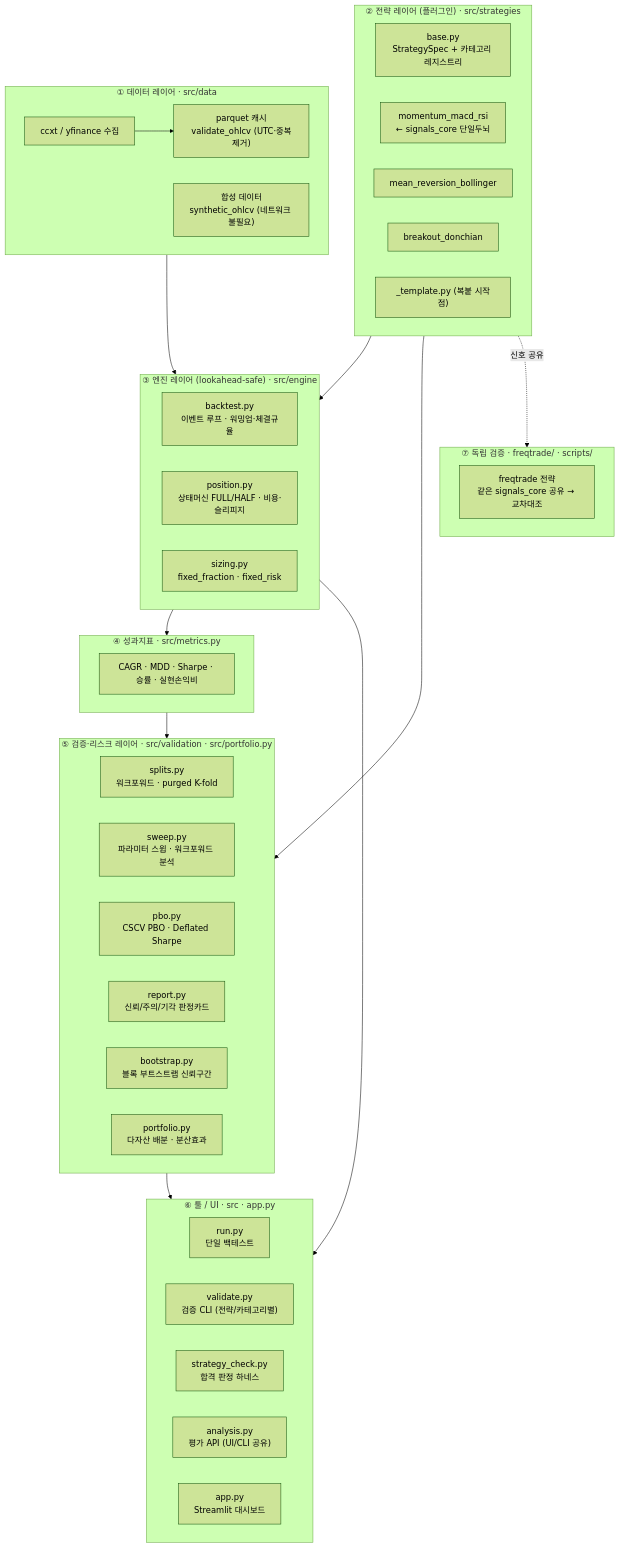
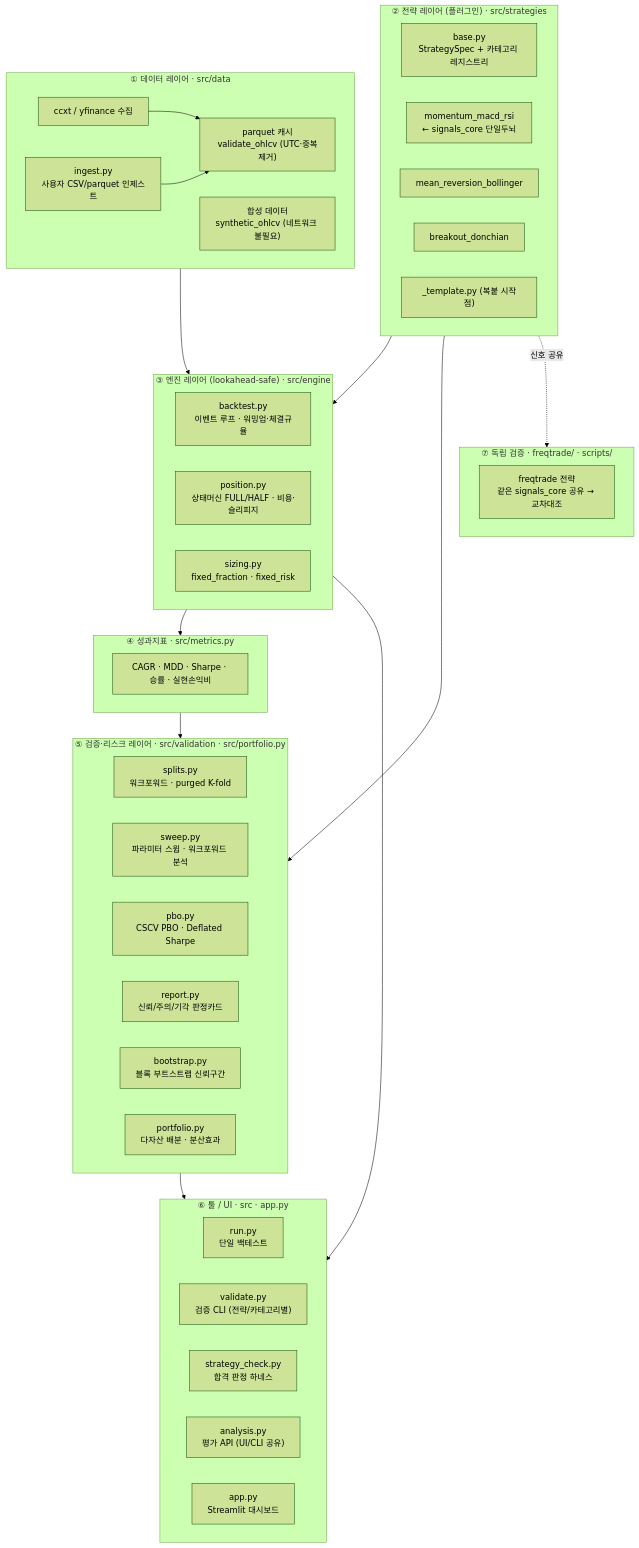
The first of 4 diagrams in docs/architecture.md (pjw26113686-sys/macd-RSI), drawn with Mermaid (forest theme) before and after one commit. The commit also changed 6 other files, not shown here.

First line of the commit message:
실데이터 인제스트 파이프라인 (CSV/Parquet 파일 → 표준 OHLCV)

````diff
--- a/docs/architecture.md
+++ b/docs/architecture.md
@@ -13,55 +13,56 @@
 ```mermaid
 flowchart TB
   subgraph DATA["① 데이터 레이어 · src/data"]
     D1["ccxt / yfinance 수집"] --> D2["parquet 캐시<br/>validate_ohlcv (UTC·중복제거)"]
     D3["합성 데이터<br/>synthetic_ohlcv (네트워크 불필요)"]
+    D4["ingest.py<br/>사용자 CSV/parquet 인제스트"] --> D2
   end
 
   subgraph STRAT["② 전략 레이어 (플러그인) · src/strategies"]
     B["base.py<br/>StrategySpec + 카테고리 레지스트리"]
     S1["momentum_macd_rsi<br/>← signals_core 단일두뇌"]
     S2["mean_reversion_bollinger"]
     S3["breakout_donchian"]
     T["_template.py (복붙 시작점)"]
   end
 
   subgraph ENGINE["③ 엔진 레이어 (lookahead-safe) · src/engine"]
     E1["backtest.py<br/>이벤트 루프 · 워밍업·체결규율"]
     E2["position.py<br/>상태머신 FULL/HALF · 비용·슬리피지"]
     E3["sizing.py<br/>fixed_fraction · fixed_risk"]
   end
 
   subgraph METRIC["④ 성과지표 · src/metrics.py"]
     M["CAGR · MDD · Sharpe · 승률 · 실현손익비"]
   end
 
   subgraph VALID["⑤ 검증·리스크 레이어 · src/validation · src/portfolio.py"]
     V1["splits.py<br/>워크포워드 · purged K-fold"]
     V2["sweep.py<br/>파라미터 스윕 · 워크포워드 분석"]
     V3["pbo.py<br/>CSCV PBO · Deflated Sharpe"]
     V4["report.py<br/>신뢰/주의/기각 판정카드"]
     V5["bootstrap.py<br/>블록 부트스트랩 신뢰구간"]
     V6["portfolio.py<br/>다자산 배분 · 분산효과"]
   end
 
   subgraph TOOLS["⑥ 툴 / UI · src · app.py"]
     C1["run.py<br/>단일 백테스트"]
     C2["validate.py<br/>검증 CLI (전략/카테고리별)"]
     C3["strategy_check.py<br/>합격 판정 하네스"]
     C4["analysis.py<br/>평가 API (UI/CLI 공유)"]
     C5["app.py<br/>Streamlit 대시보드"]
   end
 
   subgraph VERIFY["⑦ 독립 검증 · freqtrade/ · scripts/"]
     F["freqtrade 전략<br/>같은 signals_core 공유 → 교차대조"]
   end
 
   DATA --> ENGINE
   STRAT --> ENGINE
   ENGINE --> METRIC
   METRIC --> VALID
   STRAT --> VALID
   VALID --> TOOLS
   ENGINE --> TOOLS
   STRAT -. 신호 공유 .-> VERIFY
 ```
````
